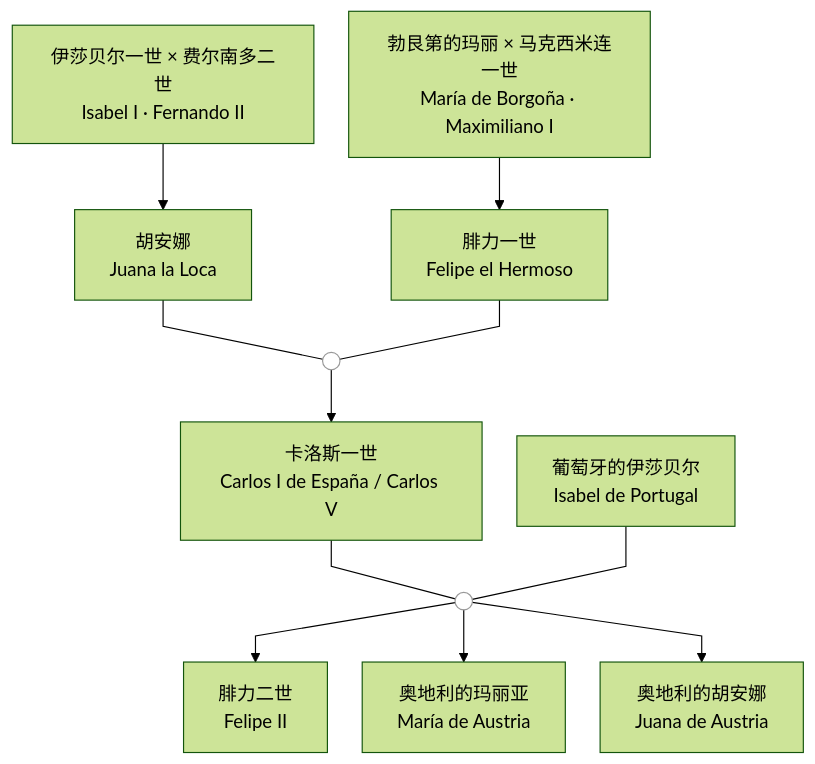
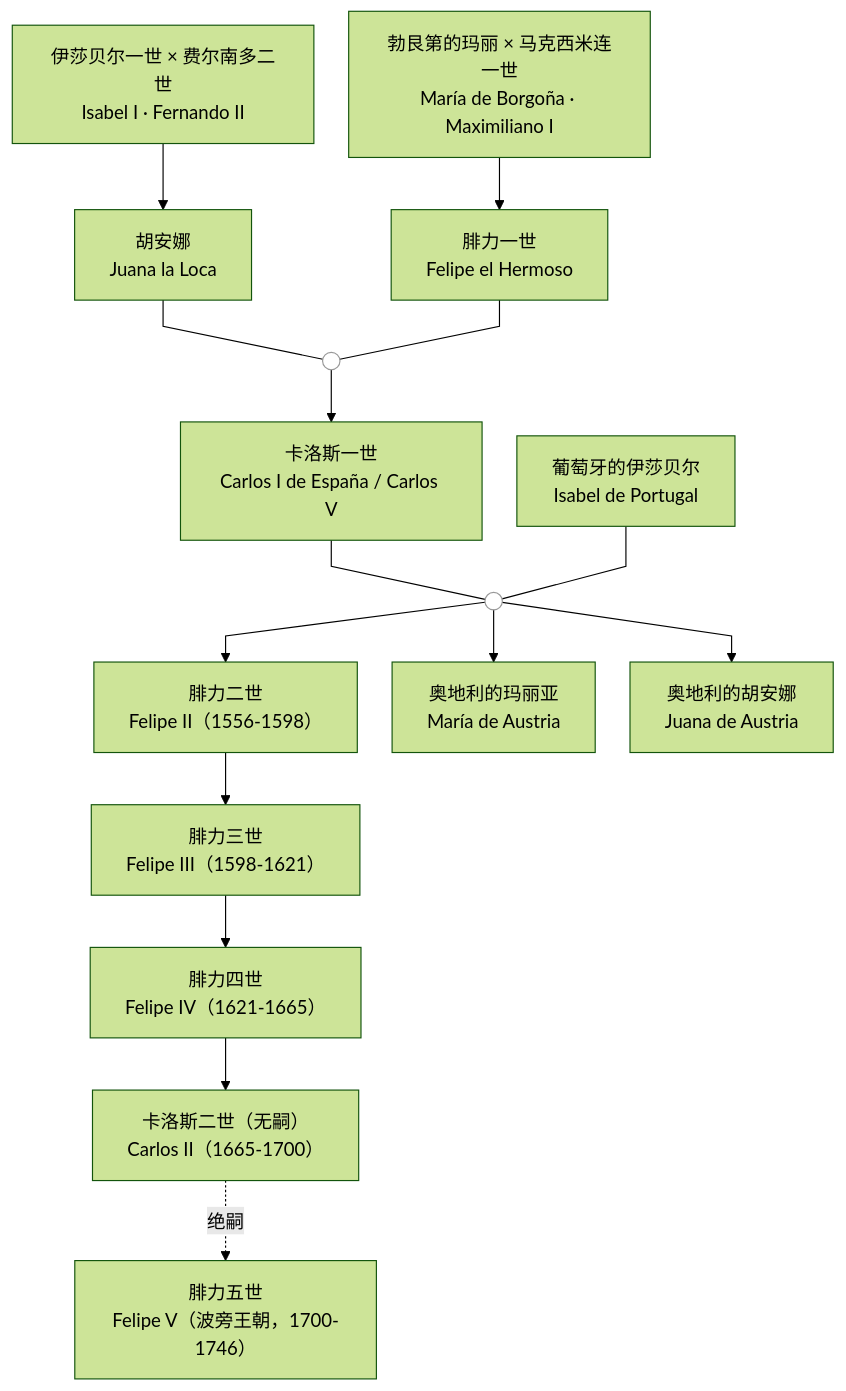
Before and after one commit to tingtungchou-hash/Bruce-Vault: the diagram in Areas/学业/课程/大二上/拉丁美洲史/第七课 26-10-28 拉美史.md, drawn with Mermaid (forest theme). The commit also changed 3 other files, not shown here.

````diff
--- a/Areas/学业/课程/大二上/拉丁美洲史/第七课 26-10-28 拉美史.md
+++ b/Areas/学业/课程/大二上/拉丁美洲史/第七课 26-10-28 拉美史.md
@@ -30,16 +30,20 @@
 ```mermaid
 %%{init: {"flowchart": {"curve": "linear", "nodeSpacing": 30, "rankSpacing": 45}}}%%
 flowchart TD
     A["伊莎贝尔一世 × 费尔南多二世<br/>Isabel I · Fernando II"] --> J["胡安娜<br/>Juana la Loca"]
     B["勃艮第的玛丽 × 马克西米连一世<br/>María de Borgoña · Maximiliano I"] --> P["腓力一世<br/>Felipe el Hermoso"]
     J --- U((" "))
     P --- U
     U --> C["卡洛斯一世<br/>Carlos I de España / Carlos V"]
     C --- V((" "))
     S["葡萄牙的伊莎贝尔<br/>Isabel de Portugal"] --- V
-    V --> F2["腓力二世<br/>Felipe II"]
+    V --> F2["腓力二世<br/>Felipe II（1556-1598）"]
     V --> M2["奥地利的玛丽亚<br/>María de Austria"]
     V --> J2["奥地利的胡安娜<br/>Juana de Austria"]
+    F2 --> F3["腓力三世<br/>Felipe III（1598-1621）"]
+    F3 --> F4["腓力四世<br/>Felipe IV（1621-1665）"]
+    F4 --> C2["卡洛斯二世（无嗣）<br/>Carlos II（1665-1700）"]
+    C2 -.->|绝嗣| F5["腓力五世<br/>Felipe V（波旁王朝，1700-1746）"]
     classDef union fill:transparent,stroke:#999,stroke-width:1px;
     class U,V union;
 ```
````
